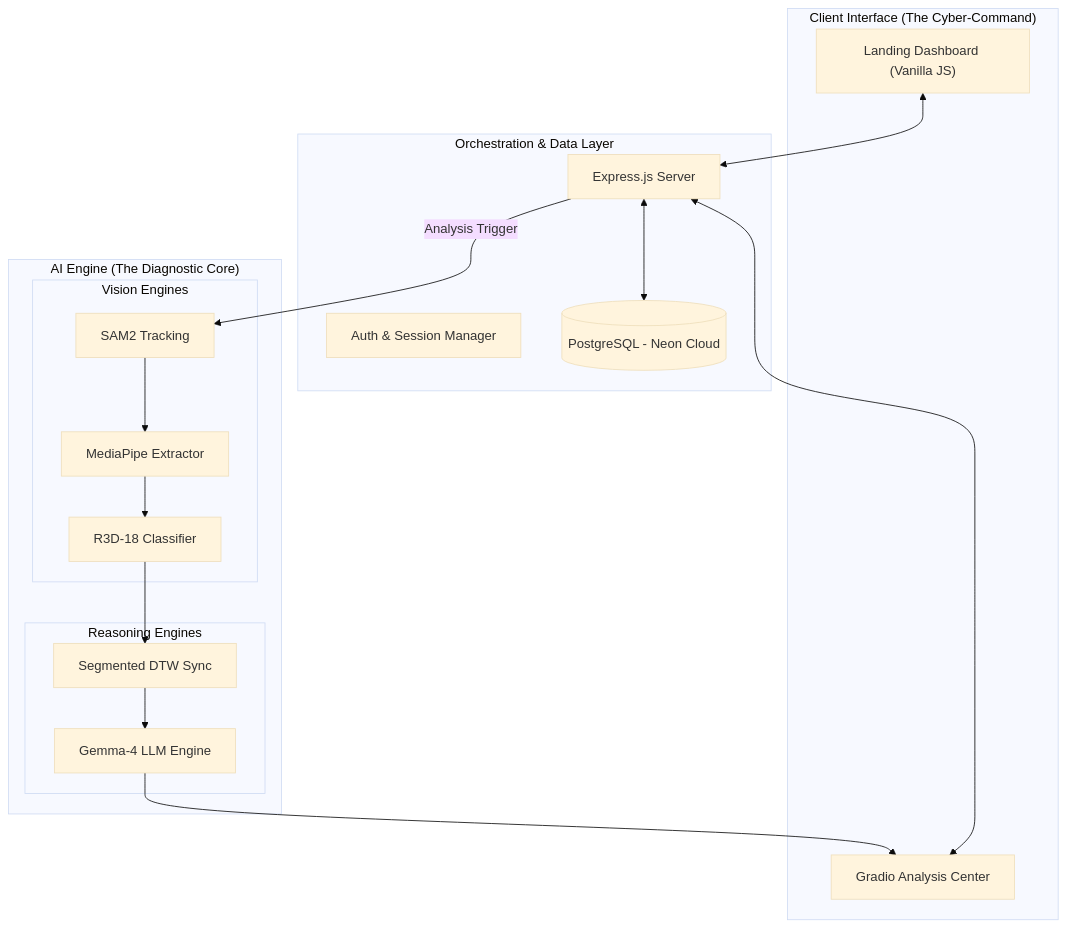
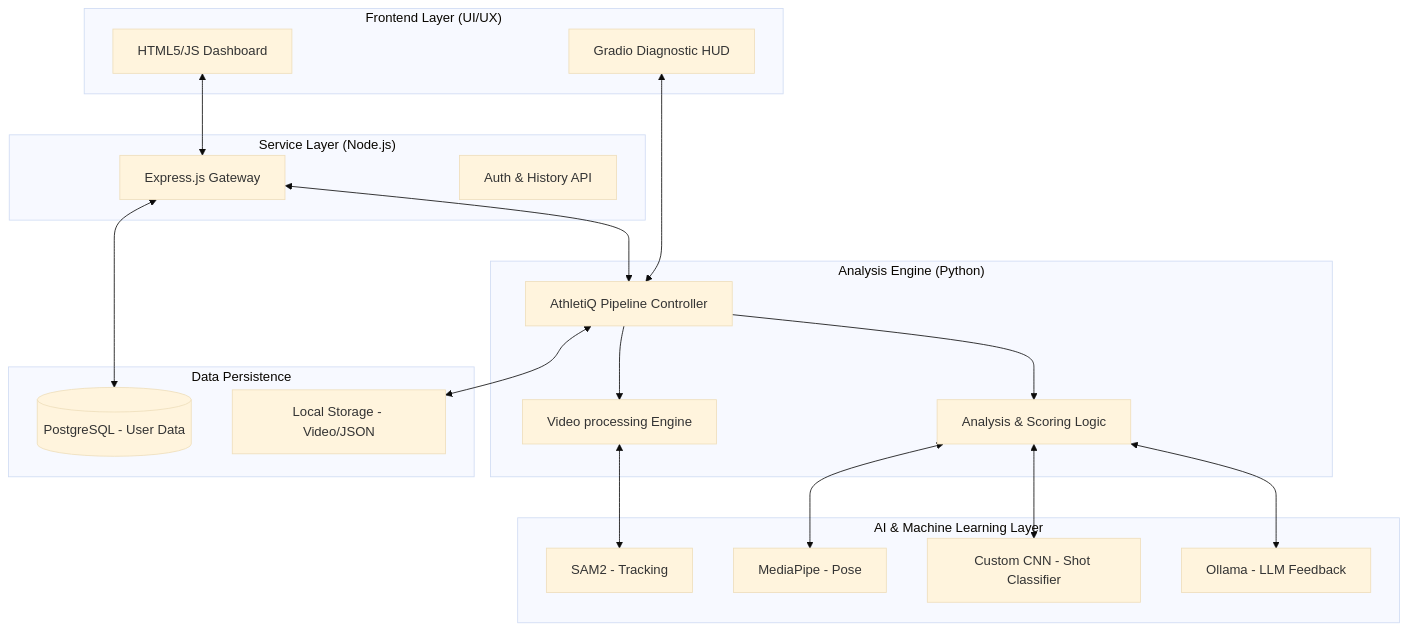
One commit to milansinghal2004/AthletiQ changed the second of 3 diagrams in README.md. Above: the diagram before and after it, drawn with Mermaid (base theme). The commit also changed other lines of this file and 3 other files, not shown here.

Commit message:
docs: finalize system architecture, class diagrams, and segmented DTW logic

````diff
--- a/README.md
+++ b/README.md
@@ -62,37 +83,42 @@
 ```mermaid
 graph TB
-    subgraph "Client Interface (The Cyber-Command)"
-        UI["Landing Dashboard (Vanilla JS)"]
-        GR_UI["Gradio Analysis Center"]
+    subgraph "Frontend Layer (UI/UX)"
+        A[HTML5/JS Dashboard]
+        B[Gradio Diagnostic HUD]
     end
 
-    subgraph "Orchestration & Data Layer"
-        Srv["Express.js Server"]
-        Auth["Auth & Session Manager"]
-        Postgres[(PostgreSQL - Neon Cloud)]
+    subgraph "Service Layer (Node.js)"
+        C[Express.js Gateway]
+        D[Auth & History API]
     end
 
-    subgraph "AI Engine (The Diagnostic Core)"
-        subgraph "Vision Engines"
-            SAM["SAM2 Tracking"]
-            POSE["MediaPipe Extractor"]
-            SHOT["R3D-18 Classifier"]
-        end
-        subgraph "Reasoning Engines"
-            SYNC["Segmented DTW Sync"]
-            GEN["Gemma-4 LLM Engine"]
-        end
+    subgraph "Analysis Engine (Python)"
+        E[AthletiQ Pipeline Controller]
+        F[Video processing Engine]
+        G[Analysis & Scoring Logic]
     end
 
-    UI <--> Srv
-    Srv <--> Postgres
-    Srv --> |Analysis Trigger| SAM
-    
-    SAM --> POSE
-    POSE --> SHOT
-    SHOT --> SYNC
-    SYNC --> GEN
-    
-    GEN --> GR_UI
-    Srv <--> GR_UI
+    subgraph "AI & Machine Learning Layer"
+        H[SAM2 - Tracking]
+        I[MediaPipe - Pose]
+        J[Custom CNN - Shot Classifier]
+        K[Ollama - LLM Feedback]
+    end
+
+    subgraph "Data Persistence"
+        L[(PostgreSQL - User Data)]
+        M[Local Storage - Video/JSON]
+    end
+
+    A <--> C
+    C <--> E
+    E --> F
+    E --> G
+    F <--> H
+    G <--> I
+    G <--> J
+    G <--> K
+    C <--> L
+    E <--> M
+    B <--> E
 ```
````
